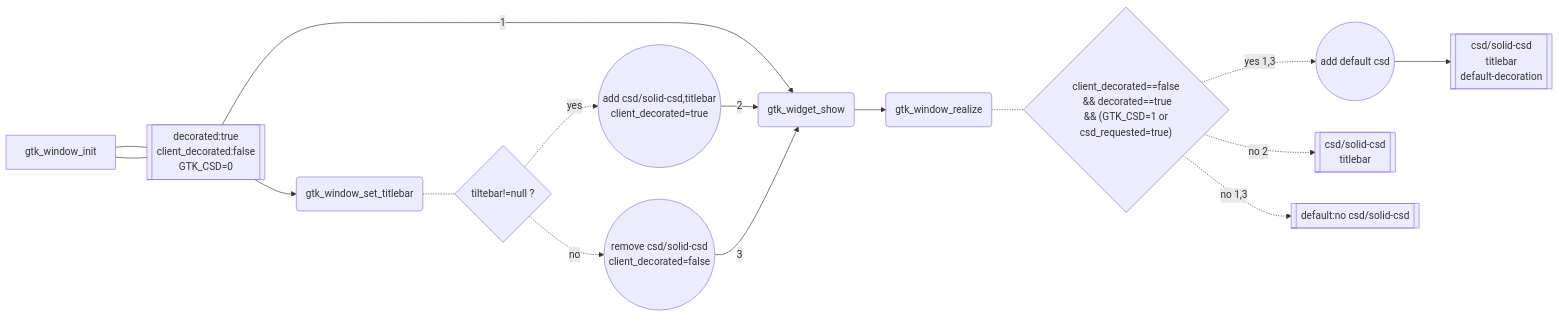
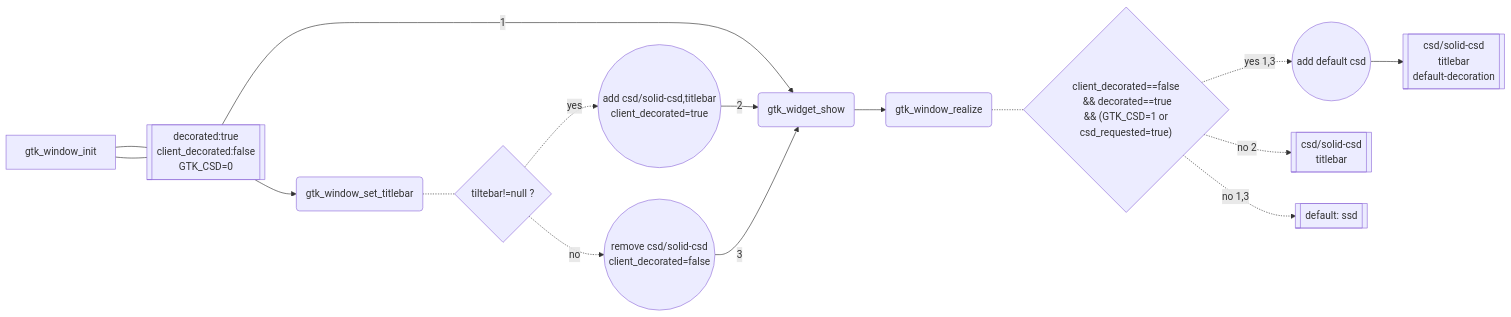
The seventh of 7 diagrams in tmp.md (anzyelay/learning_notes), drawn with Mermaid before and after one commit. The commit also changed 2 other files, not shown here.

````diff
--- a/tmp.md
+++ b/tmp.md
@@ -689,31 +689,31 @@
 ```Mermaid
 flowchart LR
 F0[gtk_window_init]
 F1(gtk_window_set_titlebar)
 F2(gtk_window_realize)
 F3(gtk_widget_show)
 
 C1{tiltebar!=null ?}
 C2{"client_decorated==false<br> && decorated==true<br> && (GTK_CSD=1 or csd_requested=true)"}
 
 AACSD((add csd/solid-csd,titlebar<br>client_decorated=true))
 ARCSD((remove csd/solid-csd<br>client_decorated=false))
 AADEF((add default csd))
 
 SINIT[[decorated:true<br>client_decorated:false<br>GTK_CSD=0]]
 SCSD1[[csd/solid-csd<br>titlebar]]
-SNCSD[[default:no csd/solid-csd]]
+SNCSD[[default: ssd]]
 SCSD2[[csd/solid-csd<br>titlebar<br>default-decoration]]
 
 
 F0---SINIT--> F1
 F0---SINIT--> |1|F3
 F1-.-C1-.->|yes| AACSD --> |2| F3
 C1-.->|no| ARCSD --> |3| F3
 
 
 F3-->F2-.-C2-.no 2.-> SCSD1 
 C2-.no 1,3-.-> SNCSD
 C2-.yes 1,3-.-> AADEF--> SCSD2
 
 ```
````
